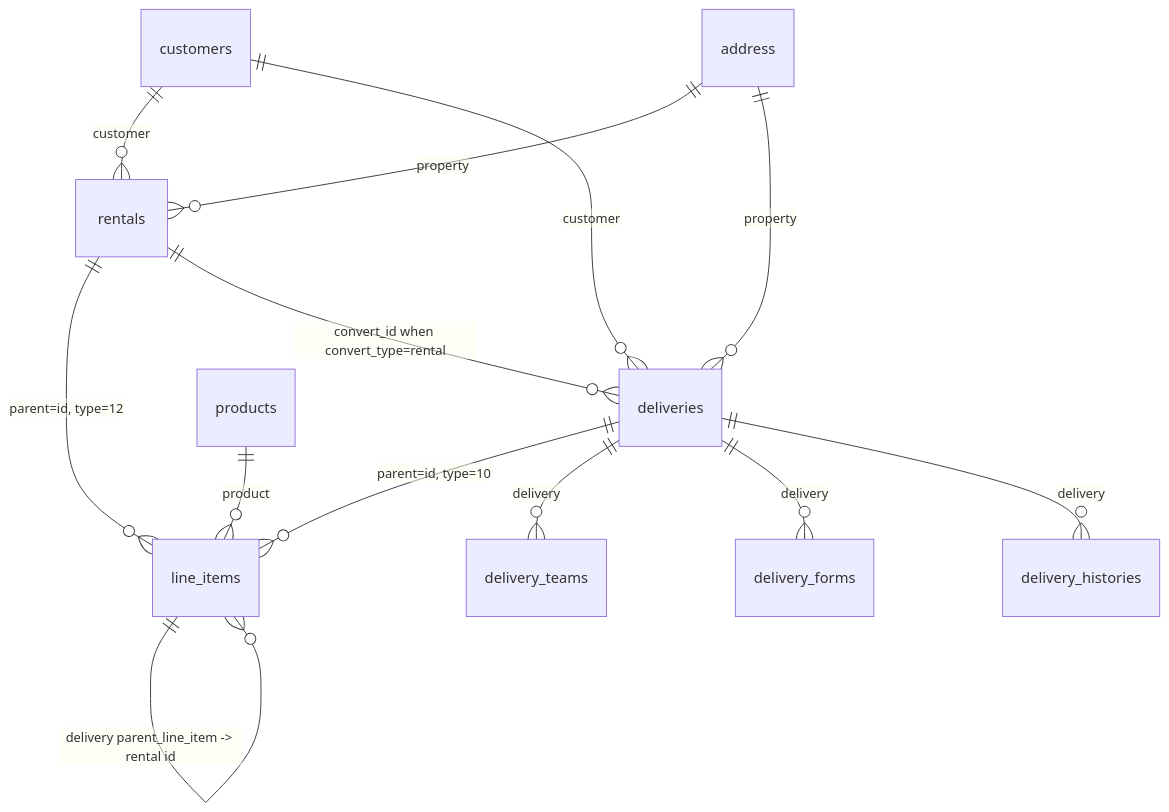
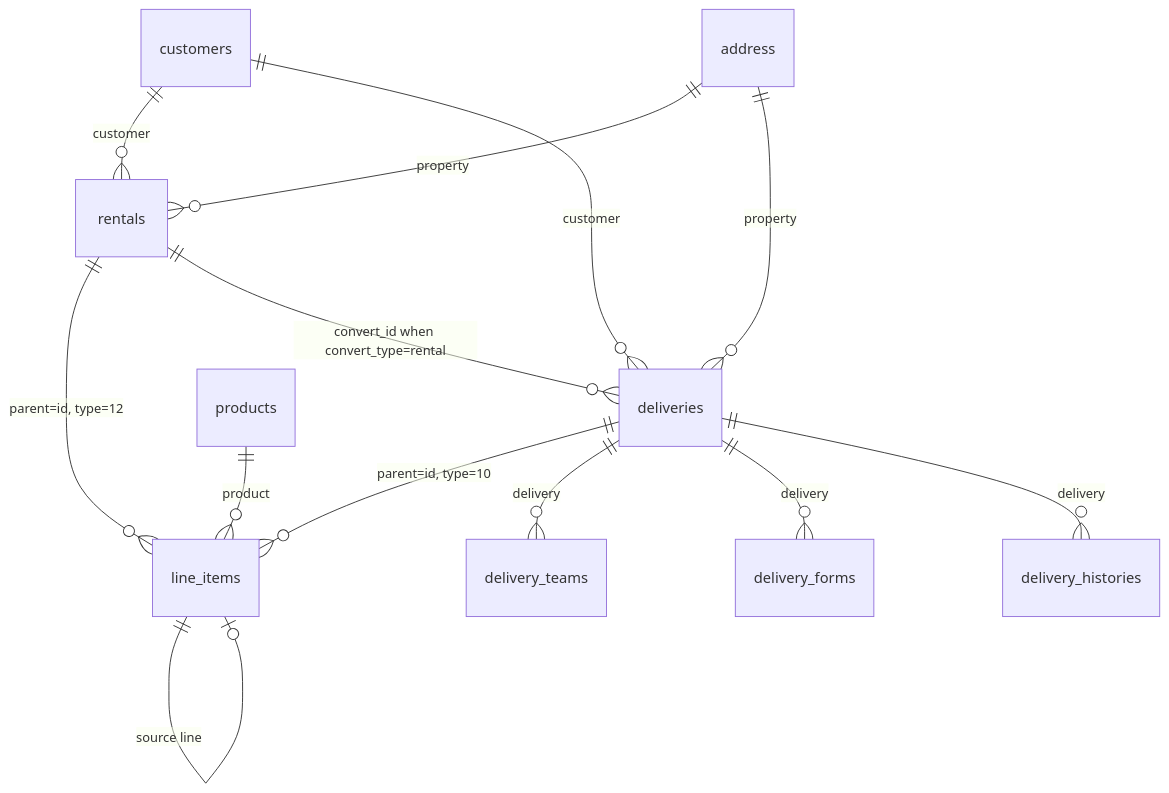
The first of 2 diagrams in public/content/econpile/delivery-module/delivery.md (btshivamgupta-prog/bt-docs), drawn with Mermaid before and after one commit. The commit also changed other lines of this file and 7 other files, not shown here.

````diff
--- a/public/content/econpile/delivery-module/delivery.md
+++ b/public/content/econpile/delivery-module/delivery.md
@@ -61,15 +61,15 @@
 ```mermaid
 erDiagram
     rentals ||--o{ line_items : "parent=id, type=12"
     deliveries ||--o{ line_items : "parent=id, type=10"
     rentals ||--o{ deliveries : "convert_id when convert_type=rental"
-    line_items ||--o{ line_items : "delivery parent_line_item -> rental id"
+    line_items ||--o| line_items : "source line"
     deliveries ||--o{ delivery_teams : delivery
     deliveries ||--o{ delivery_forms : delivery
     deliveries ||--o{ delivery_histories : delivery
     products ||--o{ line_items : product
     customers ||--o{ rentals : customer
     customers ||--o{ deliveries : customer
     address ||--o{ rentals : property
     address ||--o{ deliveries : property
 ```
````
